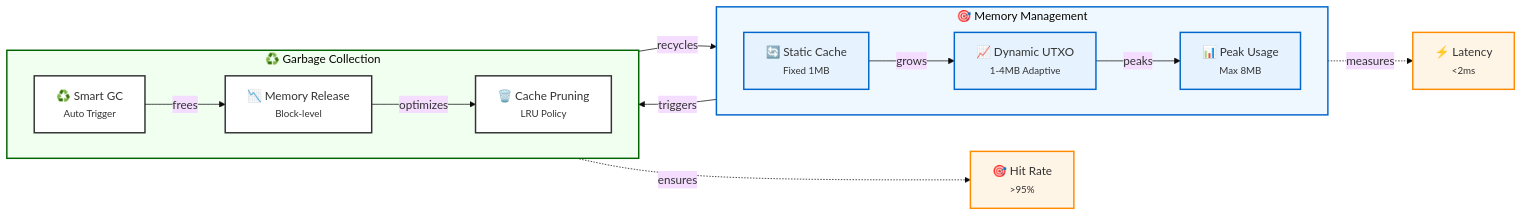
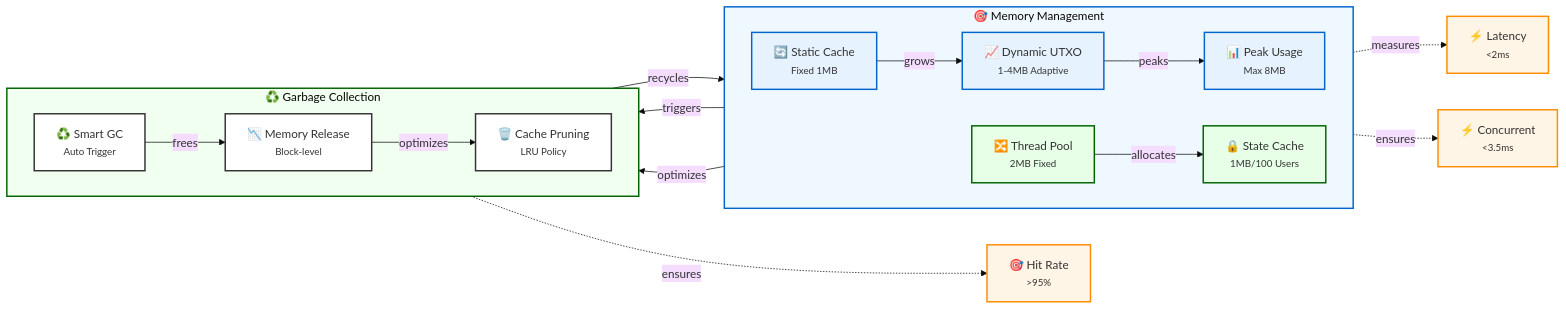
Before and after one commit to JtPerez-Acle/rust-protocol-btc: the fifth of 6 diagrams in README.md, drawn with Mermaid (base theme). The commit also changed other lines of this file and 14 other files, not shown here.

````diff
--- a/README.md
+++ b/README.md
@@ -200,44 +230,52 @@
 ```mermaid
 graph LR
     %% Define nodes
     A["🔄 Static Cache<br><small>Fixed 1MB</small>"]
     B["📈 Dynamic UTXO<br><small>1-4MB Adaptive</small>"]
     C["📊 Peak Usage<br><small>Max 8MB</small>"]
     D["♻️ Smart GC<br><small>Auto Trigger</small>"]
     E["📉 Memory Release<br><small>Block-level</small>"]
     F["🗑️ Cache Pruning<br><small>LRU Policy</small>"]
+    T["🔀 Thread Pool<br><small>2MB Fixed</small>"]
+    S["🔒 State Cache<br><small>1MB/100 Users</small>"]
     
     %% Performance metrics
     P1["⚡ Latency<br><small><2ms</small>"]
     P2["🎯 Hit Rate<br><small>>95%</small>"]
+    P3["⚡ Concurrent<br><small><3.5ms</small>"]
 
     subgraph Memory["🎯 Memory Management"]
         direction LR
         A --> |"grows"| B
         B --> |"peaks"| C
+        T --> |"allocates"| S
         style Memory fill:#f0f8ff,stroke:#0066cc,stroke-width:2px
     end
 
     subgraph GC["♻️ Garbage Collection"]
         direction LR
         D --> |"frees"| E
         E --> |"optimizes"| F
         style GC fill:#f0fff0,stroke:#006400,stroke-width:2px
     end
 
     %% Connections
     C --> |"triggers"| D
     F --> |"recycles"| A
+    S --> |"optimizes"| F
     
     %% Performance indicators
     B -.-> |"measures"| P1
     F -.-> |"ensures"| P2
+    T -.-> |"ensures"| P3
 
     %% Styling
     classDef default fill:#fff,stroke:#333,stroke-width:2px
     classDef metrics fill:#fff5e6,stroke:#ff8c00,stroke-width:2px
     classDef active fill:#e6f3ff,stroke:#0066cc,stroke-width:2px
+    classDef concurrent fill:#e6ffe6,stroke:#006400,stroke-width:2px
     
     class A,B,C active
-    class P1,P2 metrics
+    class T,S concurrent
+    class P1,P2,P3 metrics
 ```
````
